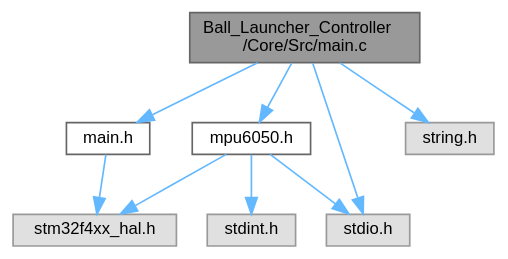
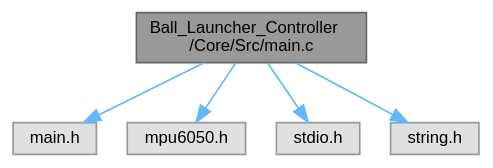
Before and after one commit to vvinhvvo98/Basketball-Launcher: the diagram in docs/main_8c__incl.dot, drawn with Graphviz. The commit also changed 119 other files, not shown here.

```diff
--- a/docs/main_8c__incl.dot
+++ b/docs/main_8c__incl.dot
@@ -1,22 +1,16 @@
 digraph "Ball_Launcher_Controller/Core/Src/main.c"
 {
  // LATEX_PDF_SIZE
   bgcolor="transparent";
   edge [fontname=Helvetica,fontsize=10,labelfontname=Helvetica,labelfontsize=10];
   node [fontname=Helvetica,fontsize=10,shape=box,height=0.2,width=0.4];
   Node1 [id="Node000001",label="Ball_Launcher_Controller\l/Core/Src/main.c",height=0.2,width=0.4,color="gray40", fillcolor="grey60", style="filled", fontcolor="black",tooltip="Main program body."];
   Node1 -> Node2 [id="edge1_Node000001_Node000002",color="steelblue1",style="solid",tooltip=" "];
-  Node2 [id="Node000002",label="main.h",height=0.2,width=0.4,color="grey40", fillcolor="white", style="filled",URL="$main_8h.html",tooltip="Header for main.c file. This file contains the common defines of the application."];
-  Node2 -> Node3 [id="edge2_Node000002_Node000003",color="steelblue1",style="solid",tooltip=" "];
-  Node3 [id="Node000003",label="stm32f4xx_hal.h",height=0.2,width=0.4,color="grey60", fillcolor="#E0E0E0", style="filled",tooltip=" "];
+  Node2 [id="Node000002",label="main.h",height=0.2,width=0.4,color="grey60", fillcolor="#E0E0E0", style="filled",tooltip=" "];
+  Node1 -> Node3 [id="edge2_Node000001_Node000003",color="steelblue1",style="solid",tooltip=" "];
+  Node3 [id="Node000003",label="mpu6050.h",height=0.2,width=0.4,color="grey60", fillcolor="#E0E0E0", style="filled",tooltip=" "];
   Node1 -> Node4 [id="edge3_Node000001_Node000004",color="steelblue1",style="solid",tooltip=" "];
-  Node4 [id="Node000004",label="mpu6050.h",height=0.2,width=0.4,color="grey40", fillcolor="white", style="filled",URL="$mpu6050_8h.html",tooltip="Header for mpu6050.c file. This file contains the common defines of the application."];
-  Node4 -> Node5 [id="edge4_Node000004_Node000005",color="steelblue1",style="solid",tooltip=" "];
-  Node5 [id="Node000005",label="stdio.h",height=0.2,width=0.4,color="grey60", fillcolor="#E0E0E0", style="filled",tooltip=" "];
-  Node4 -> Node6 [id="edge5_Node000004_Node000006",color="steelblue1",style="solid",tooltip=" "];
-  Node6 [id="Node000006",label="stdint.h",height=0.2,width=0.4,color="grey60", fillcolor="#E0E0E0", style="filled",tooltip=" "];
-  Node4 -> Node3 [id="edge6_Node000004_Node000003",color="steelblue1",style="solid",tooltip=" "];
-  Node1 -> Node5 [id="edge7_Node000001_Node000005",color="steelblue1",style="solid",tooltip=" "];
-  Node1 -> Node7 [id="edge8_Node000001_Node000007",color="steelblue1",style="solid",tooltip=" "];
-  Node7 [id="Node000007",label="string.h",height=0.2,width=0.4,color="grey60", fillcolor="#E0E0E0", style="filled",tooltip=" "];
+  Node4 [id="Node000004",label="stdio.h",height=0.2,width=0.4,color="grey60", fillcolor="#E0E0E0", style="filled",tooltip=" "];
+  Node1 -> Node5 [id="edge4_Node000001_Node000005",color="steelblue1",style="solid",tooltip=" "];
+  Node5 [id="Node000005",label="string.h",height=0.2,width=0.4,color="grey60", fillcolor="#E0E0E0", style="filled",tooltip=" "];
 }
```
